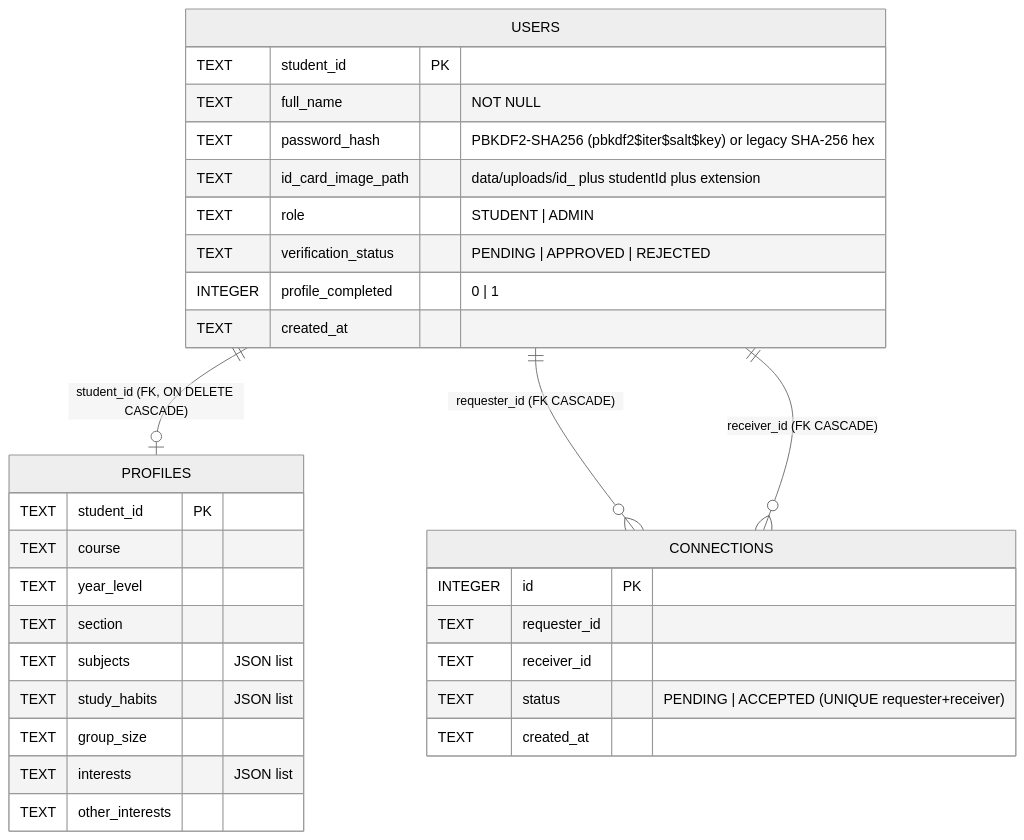
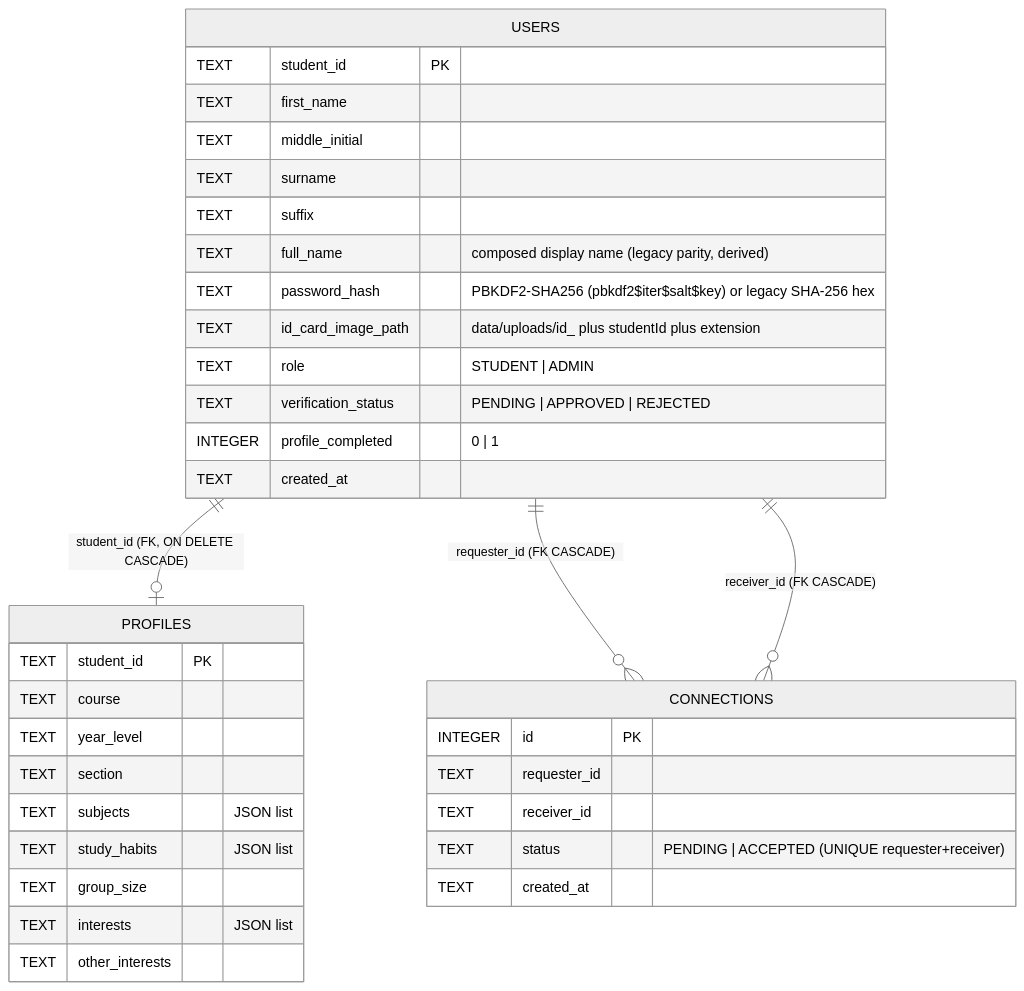
One commit to gianpaguia/NetworkConnectionFinder changed the third of 8 diagrams in docs/ARCHITECTURE.md. Above: the diagram before and after it, drawn with Mermaid (neutral theme). The commit also changed other lines of this file, not shown here.

Commit message:
Sync architecture docs with merged implementation

````diff
--- a/docs/ARCHITECTURE.md
+++ b/docs/ARCHITECTURE.md
@@ -187,35 +201,39 @@
 ```mermaid
 erDiagram
     USERS ||--o| PROFILES : "student_id (FK, ON DELETE CASCADE)"
     USERS ||--o{ CONNECTIONS : "requester_id (FK CASCADE)"
     USERS ||--o{ CONNECTIONS : "receiver_id (FK CASCADE)"
 
     USERS {
         TEXT student_id PK
-        TEXT full_name "NOT NULL"
+        TEXT first_name
+        TEXT middle_initial
+        TEXT surname
+        TEXT suffix
+        TEXT full_name "composed display name (legacy parity, derived)"
         TEXT password_hash "PBKDF2-SHA256 (pbkdf2$iter$salt$key) or legacy SHA-256 hex"
         TEXT id_card_image_path "data/uploads/id_ plus studentId plus extension"
         TEXT role "STUDENT | ADMIN"
         TEXT verification_status "PENDING | APPROVED | REJECTED"
         INTEGER profile_completed "0 | 1"
         TEXT created_at
     }
     PROFILES {
         TEXT student_id PK
         TEXT course
         TEXT year_level
         TEXT section
         TEXT subjects "JSON list"
         TEXT study_habits "JSON list"
         TEXT group_size
         TEXT interests "JSON list"
         TEXT other_interests
     }
     CONNECTIONS {
         INTEGER id PK
         TEXT requester_id
         TEXT receiver_id
         TEXT status "PENDING | ACCEPTED (UNIQUE requester+receiver)"
         TEXT created_at
     }
 ```
````
